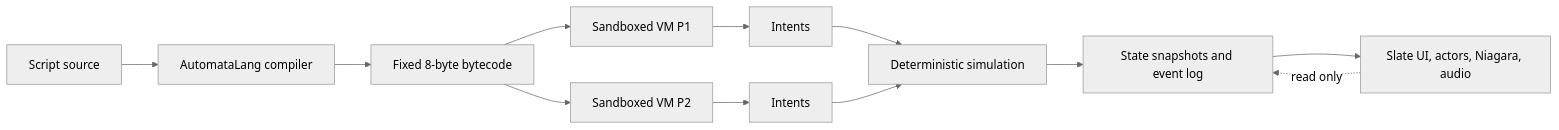
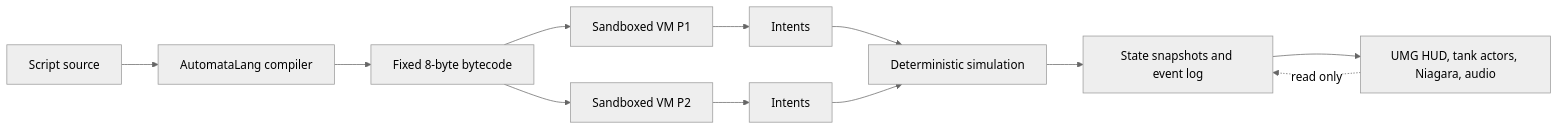
One commit to IgorGarciaCosta/AutomataWar changed the diagram in README.md. Above: the diagram before and after it, drawn with Mermaid (neutral theme). The commit also changed other lines of this file and 74 other files, not shown here.

````diff
--- a/README.md
+++ b/README.md
@@ -68,14 +68,14 @@
 ```mermaid
 flowchart LR
     Source[Script source] --> Compiler[AutomataLang compiler]
     Compiler --> Bytecode[Fixed 8-byte bytecode]
     Bytecode --> VM1[Sandboxed VM P1]
     Bytecode --> VM2[Sandboxed VM P2]
     VM1 --> Intent1[Intents]
     VM2 --> Intent2[Intents]
     Intent1 --> Sim[Deterministic simulation]
     Intent2 --> Sim
     Sim --> Replay[State snapshots and event log]
-    Replay --> Presentation[Slate UI, actors, Niagara, audio]
+    Replay --> Presentation[UMG HUD, tank actors, Niagara, audio]
     Presentation -. read only .-> Replay
 ```
````
